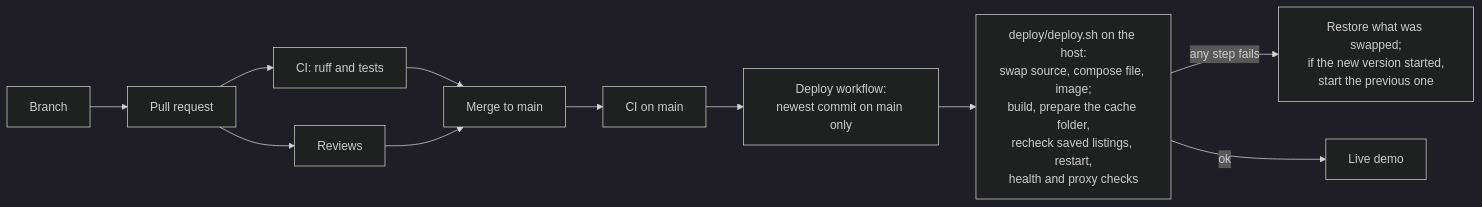
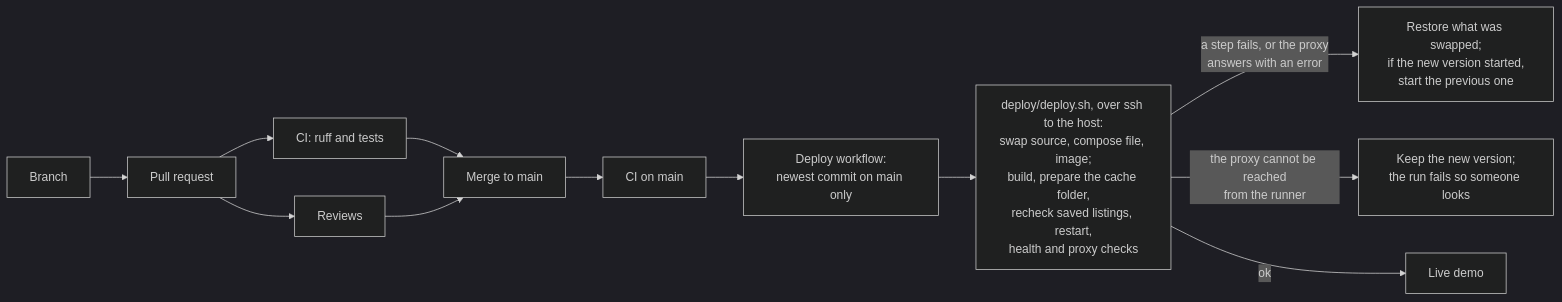
Before and after one commit to bsabau/namesake: the fifth of 5 diagrams in docs/architecture.md, drawn with Mermaid (dark theme). The commit also changed other lines of this file and 2 other files, not shown here.

First line of the commit message:
Review fixes: the JSON API's real scope, the classifier inside the search, the deploy's one exception

````diff
--- a/docs/architecture.md
+++ b/docs/architecture.md
@@ -240,13 +242,14 @@
 ```mermaid
 flowchart LR
     branch["Branch"] --> pr["Pull request"]
     pr --> ci["CI: ruff and tests"]
     pr --> review["Reviews"]
     ci --> merge["Merge to main"]
     review --> merge
     merge --> ci2["CI on main"]
     ci2 --> deploy["Deploy workflow:<br/>newest commit on main only"]
-    deploy --> script["deploy/deploy.sh on the host:<br/>swap source, compose file, image;<br/>build, prepare the cache folder,<br/>recheck saved listings, restart,<br/>health and proxy checks"]
-    script -- "any step fails" --> rollback["Restore what was swapped;<br/>if the new version started,<br/>start the previous one"]
+    deploy --> script["deploy/deploy.sh, over ssh to the host:<br/>swap source, compose file, image;<br/>build, prepare the cache folder,<br/>recheck saved listings, restart,<br/>health and proxy checks"]
+    script -- "a step fails, or the proxy<br/>answers with an error" --> rollback["Restore what was swapped;<br/>if the new version started,<br/>start the previous one"]
+    script -- "the proxy cannot be reached<br/>from the runner" --> keep["Keep the new version;<br/>the run fails so someone looks"]
     script -- ok --> live["Live demo"]
 ```
````
